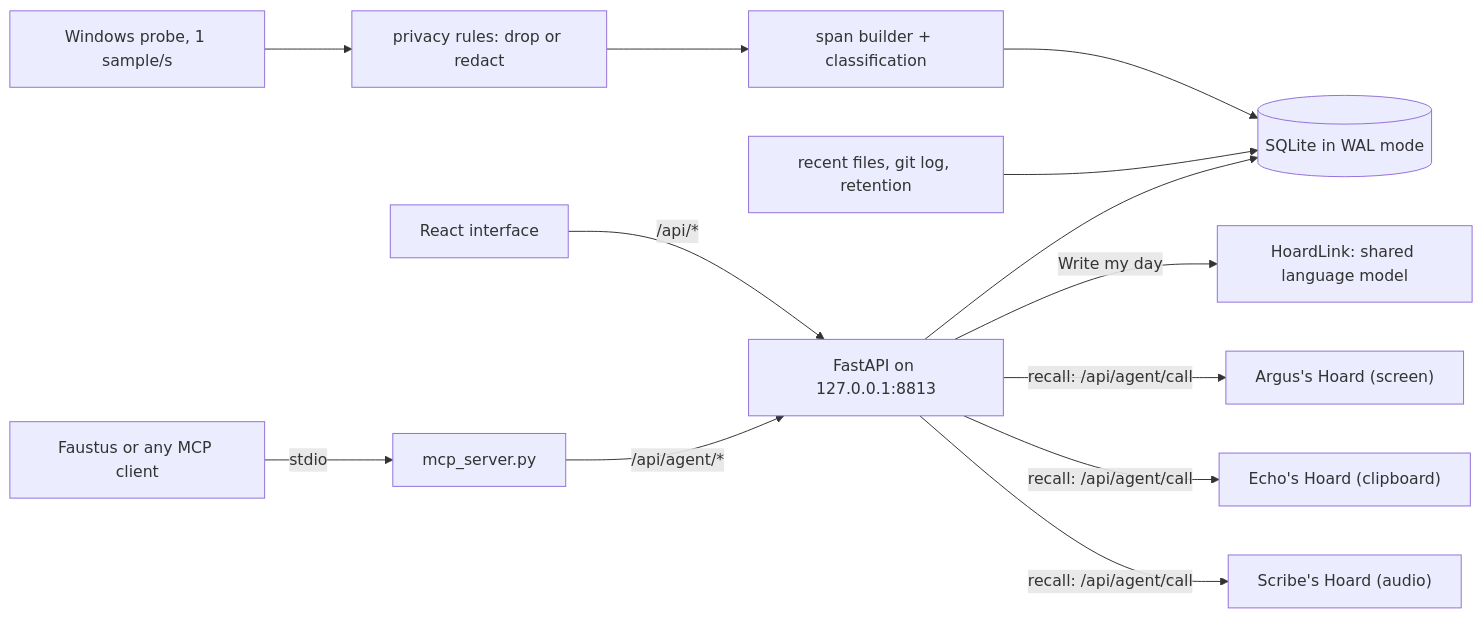
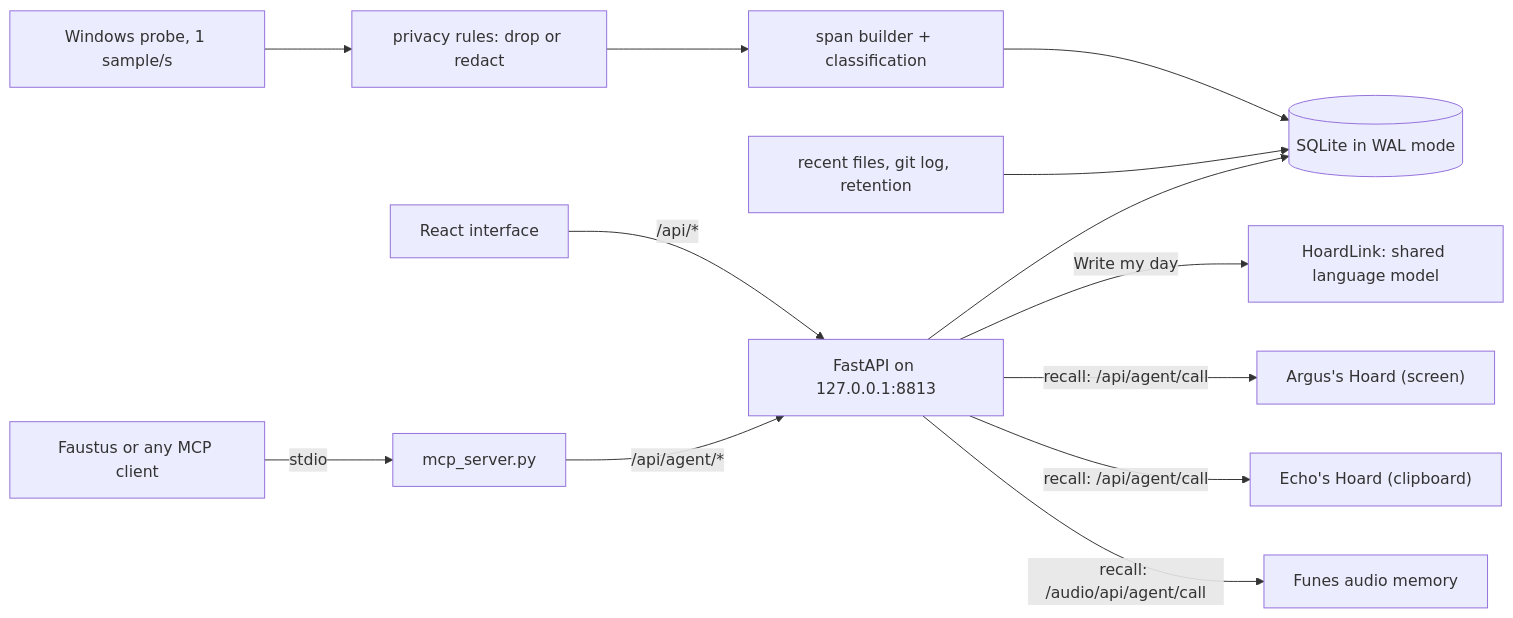
Before and after one commit to Luissalet/FunesHoard: the diagram in README.md, drawn with Mermaid. The commit also changed other lines of this file and 3 other files, not shown here.

Commit message:
docs: describe integrated audio memory

````diff
--- a/README.md
+++ b/README.md
@@ -205,15 +205,15 @@
 ```mermaid
 flowchart LR
   Probe["Windows probe, 1 sample/s"] --> Privacy["privacy rules: drop or redact"]
   Privacy --> Spans["span builder + classification"]
   Spans --> DB[("SQLite in WAL mode")]
   Pollers["recent files, git log, retention"] --> DB
   UI["React interface"] -->|"/api/*"| API["FastAPI on 127.0.0.1:8813"]
   Model["Faustus or any MCP client"] -->|stdio| MCP["mcp_server.py"]
   MCP -->|"/api/agent/*"| API
   API --> DB
   API -->|"Write my day"| Link["HoardLink: shared language model"]
   API -->|"recall: /api/agent/call"| Argus["Argus's Hoard (screen)"]
   API -->|"recall: /api/agent/call"| Echo["Echo's Hoard (clipboard)"]
-  API -->|"recall: /api/agent/call"| Scribe["Scribe's Hoard (audio)"]
+  API -->|"recall: /audio/api/agent/call"| Audio["Funes audio memory"]
 ```
````
